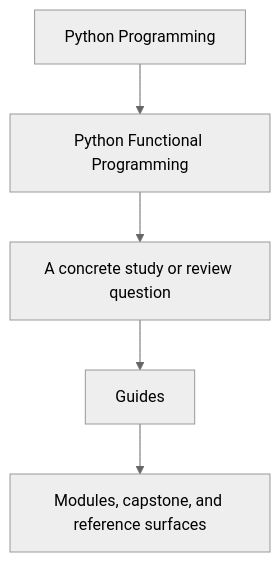
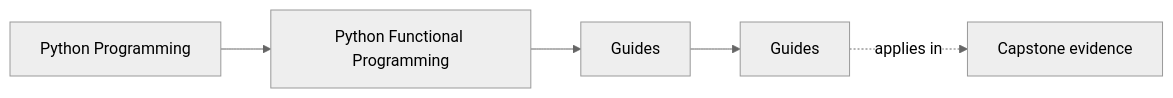
One commit to bijux/bijux-masterclass changed the first of 2 diagrams in programs/python-programming/python-functional-programming/course-book/guides/index.md. Above: the diagram before and after it, drawn with Mermaid (neutral theme). The commit also changed other lines of this file and 73 other files, not shown here.

Commit message:
docs(python-functional-programming): map orientation through streaming foundations

````diff
--- a/programs/python-programming/python-functional-programming/course-book/guides/index.md
+++ b/programs/python-programming/python-functional-programming/course-book/guides/index.md
@@ -7,7 +7,11 @@
 ```mermaid
-flowchart TD
-  family["Python Programming"] --> program["Python Functional Programming"]
-  program --> pressure["A concrete study or review question"]
-  pressure --> guide["Guides"]
-  guide --> next["Modules, capstone, and reference surfaces"]
+graph LR
+  family["Python Programming"]
+  program["Python Functional Programming"]
+  section["Guides"]
+  page["Guides"]
+  capstone["Capstone evidence"]
+
+  family --> program --> section --> page
+  page -.applies in.-> capstone
 ```
````
